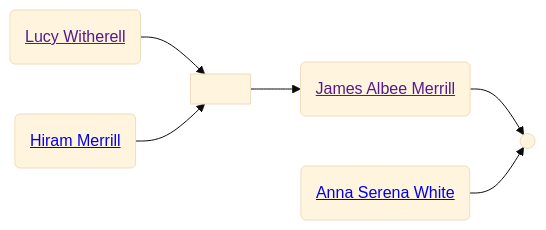
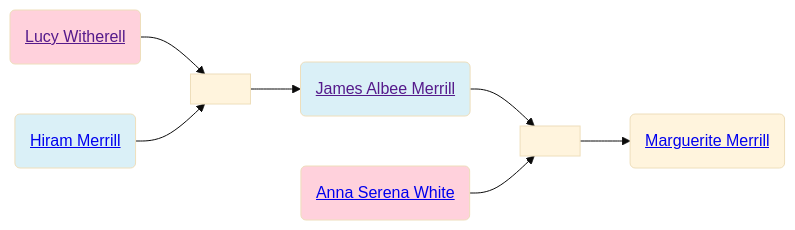
The second of 2 diagrams in familyhistory/sources/people/Merrill-line/Lucy_Witherell.qmd (neelsmith/avocational), drawn with Mermaid (base theme) before and after one commit. The commit also changed other lines of this file and 91 other files, not shown here.

Commit message:
Rebuild descendant diagrams

````diff
--- a/familyhistory/sources/people/Merrill-line/Lucy_Witherell.qmd
+++ b/familyhistory/sources/people/Merrill-line/Lucy_Witherell.qmd
@@ -42,14 +43,20 @@
 ```{mermaid}
 graph LR
+%% LR descendant diagram
 class Lucy_Witherell_and_Hiram_Merrill marriage
 Lucy_Witherell(<a href=''>Lucy Witherell</>) --> Lucy_Witherell_and_Hiram_Merrill[ ]
 Hiram_Merrill(<a href='./Hiram_Merrill.html'>Hiram Merrill</>) --> Lucy_Witherell_and_Hiram_Merrill(( ))
+class Hiram_Merrill father
+class Lucy_Witherell mother
 Lucy_Witherell_and_Hiram_Merrill[ ] --> James_Albee_Merrill(<a href='./James_Albee_Merrill.html'>James Albee Merrill</>)
 class James_Albee_Merrill_and_Anna_Serena_White marriage
 James_Albee_Merrill(<a href=''>James Albee Merrill</>) --> James_Albee_Merrill_and_Anna_Serena_White[ ]
 Anna_Serena_White(<a href='./White-line/Anna_Serena_White.html'>Anna Serena White</>) --> James_Albee_Merrill_and_Anna_Serena_White(( ))
+class James_Albee_Merrill father
+class Anna_Serena_White mother
+James_Albee_Merrill_and_Anna_Serena_White[ ] --> Marguerite_Merrill(<a href='./Marguerite_Merrill.html'>Marguerite Merrill</>)
 classDef mother fill:#ffd1dc
 classDef father fill:#daf0f7  
 classDef marriage fill:#ffffff
 
 ```
````
